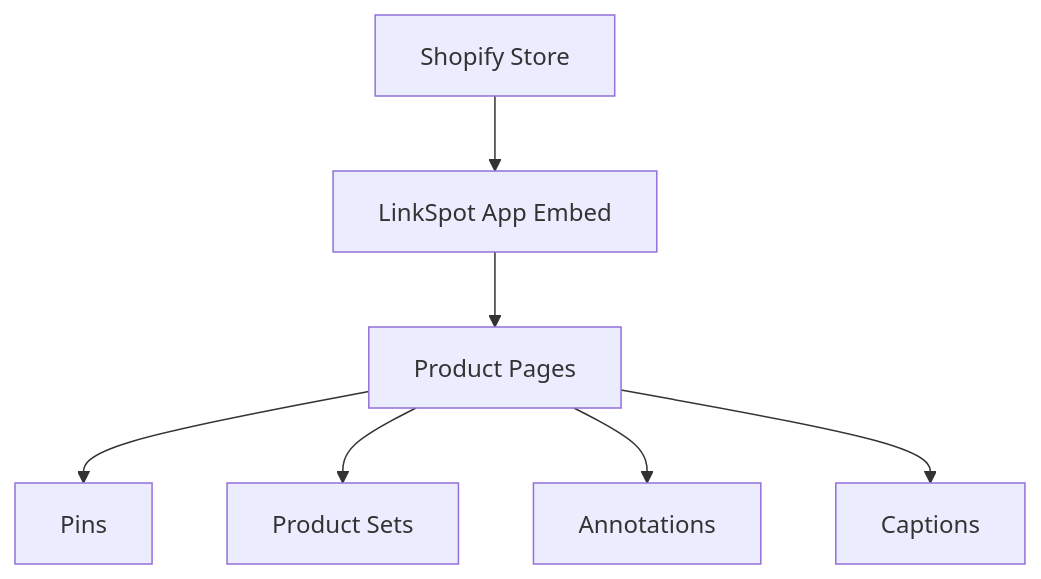
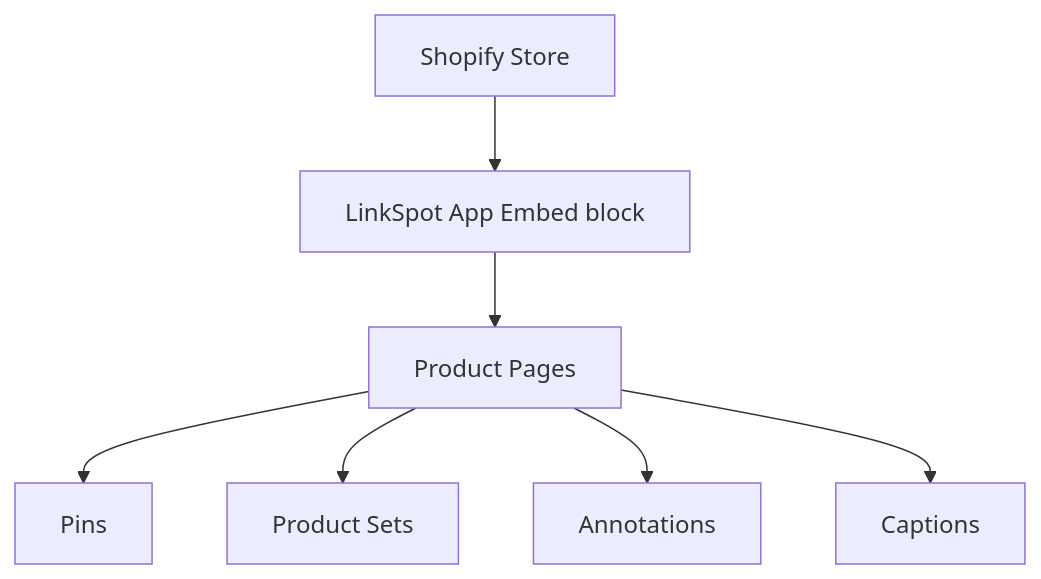
Before and after one commit to hogash/documentationai-Docs: the diagram in introduction.mdx, drawn with Mermaid. The commit also changed other lines of this file, not shown here.

Commit message:
Documentation Updated Through Editor  by LinkSpot null

````diff
--- a/introduction.mdx
+++ b/introduction.mdx
@@ -102,9 +75,9 @@
 ```mermaid
 graph TD
-    ShopifyStore[Shopify Store] --> ThemeExtension[LinkSpot App Embed]
+    ShopifyStore[Shopify Store] --> ThemeExtension[LinkSpot App Embed block]
     ThemeExtension --> ProductPages[Product Pages]
     ProductPages --> Pins[Pins]
     ProductPages --> ProductSets[Product Sets]
     ProductPages --> Annotations[Annotations]
     ProductPages --> Captions[Captions]
 ```
````
